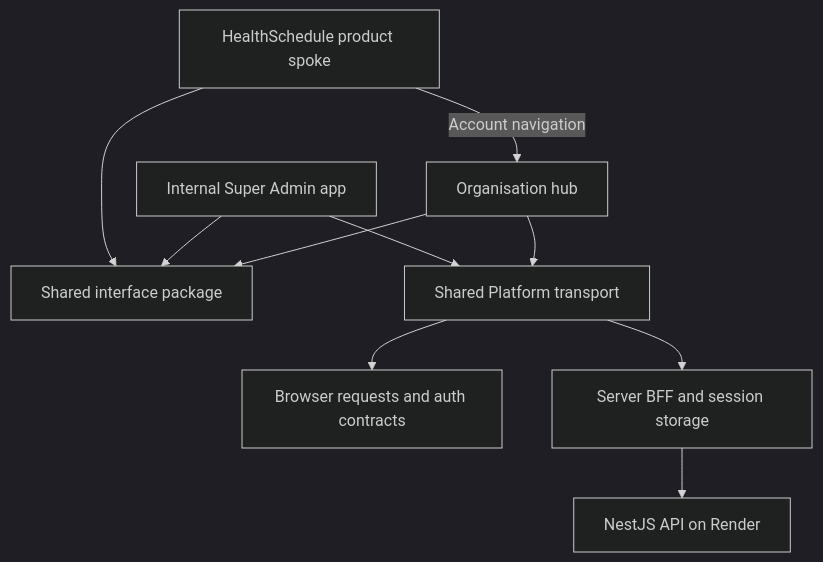
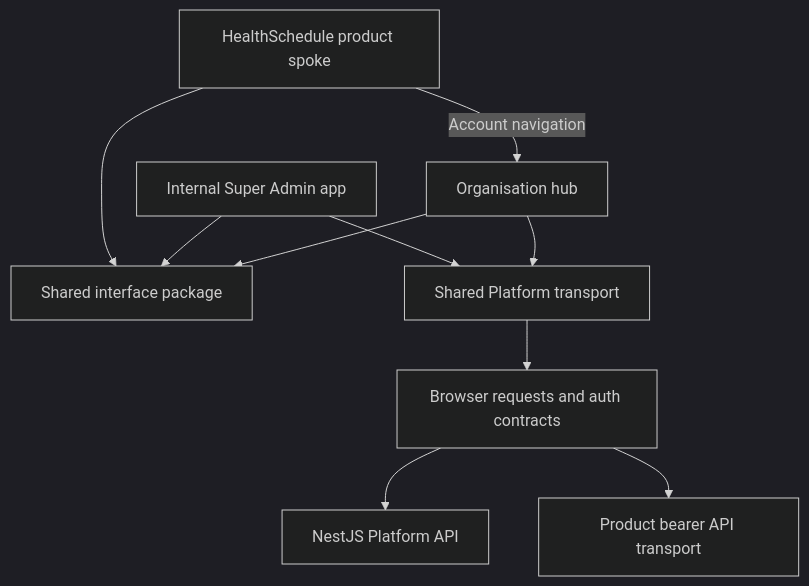
One commit to Healthalyst-Africa/healthalyst-frontend changed the diagram in docs/code-organization.md. Above: the diagram before and after it, drawn with Mermaid (dark theme). The commit also changed other lines of this file and 99 other files, not shown here.

Commit message:
fix(auth): align frontend sessions with platform API

````diff
--- a/docs/code-organization.md
+++ b/docs/code-organization.md
@@ -11,12 +11,12 @@
 ```mermaid
 flowchart TD
   HealthSchedule[HealthSchedule product spoke] -->|Account navigation| Organization[Organisation hub]
   Organization --> Interface[Shared interface package]
   SuperAdmin[Internal Super Admin app] --> Interface
   HealthSchedule --> Interface
   Organization --> Platform[Shared Platform transport]
   SuperAdmin --> Platform
   Platform --> Browser[Browser requests and auth contracts]
-  Platform --> Server[Server BFF and session storage]
-  Server --> Nest[NestJS API on Render]
+  Browser --> Nest[NestJS Platform API]
+  Browser --> Product[Product bearer API transport]
 ```
````
